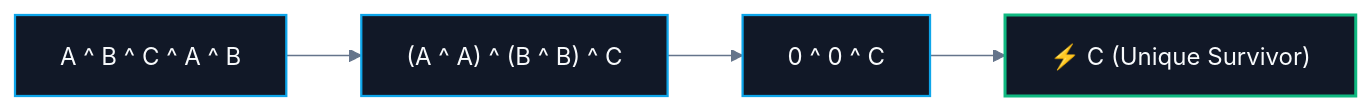
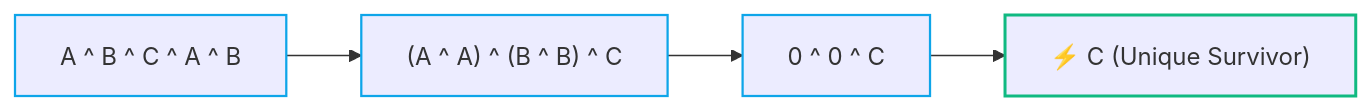
Before and after one commit to abhinavbharti2345/CS_Notes: the diagram in CS/DSA/04. Bit Manipulation/03. XOR Patterns.md, drawn with Mermaid. The commit also changed 91 other files, not shown here.

````diff
--- a/CS/DSA/04. Bit Manipulation/03. XOR Patterns.md
+++ b/CS/DSA/04. Bit Manipulation/03. XOR Patterns.md
@@ -40,12 +40,11 @@
 ```mermaid
-%%{init: {'theme': 'base', 'themeVariables': { 'darkMode': true, 'background': '#0B0F14', 'mainBkg': '#111827', 'primaryColor': '#111827', 'primaryTextColor': '#F8FAFC', 'primaryBorderColor': '#38BDF8', 'lineColor': '#64748B', 'secondaryColor': '#0B0F14', 'tertiaryColor': '#0B0F14', 'clusterBkg': '#0B0F14', 'clusterBorder': '#38BDF8' }}}%%
 flowchart LR
     A["A ^ B ^ C ^ A ^ B"] --> Group["(A ^ A) ^ (B ^ B) ^ C"]
     Group --> Eval["0 ^ 0 ^ C"]
     Eval --> Res["⚡ C (Unique Survivor)"]
 
-    classDef step fill:#111827,stroke:#0ea5e9,stroke-width:1.5px,color:#F8FAFC;
-    classDef target fill:#111827,stroke:#10b981,stroke-width:2px,color:#F8FAFC;
+    classDef step stroke:#0ea5e9,stroke-width:1.5px;
+    classDef target stroke:#10b981,stroke-width:2px;
     class A,Group,Eval step;
     class Res target;
 ```
````
